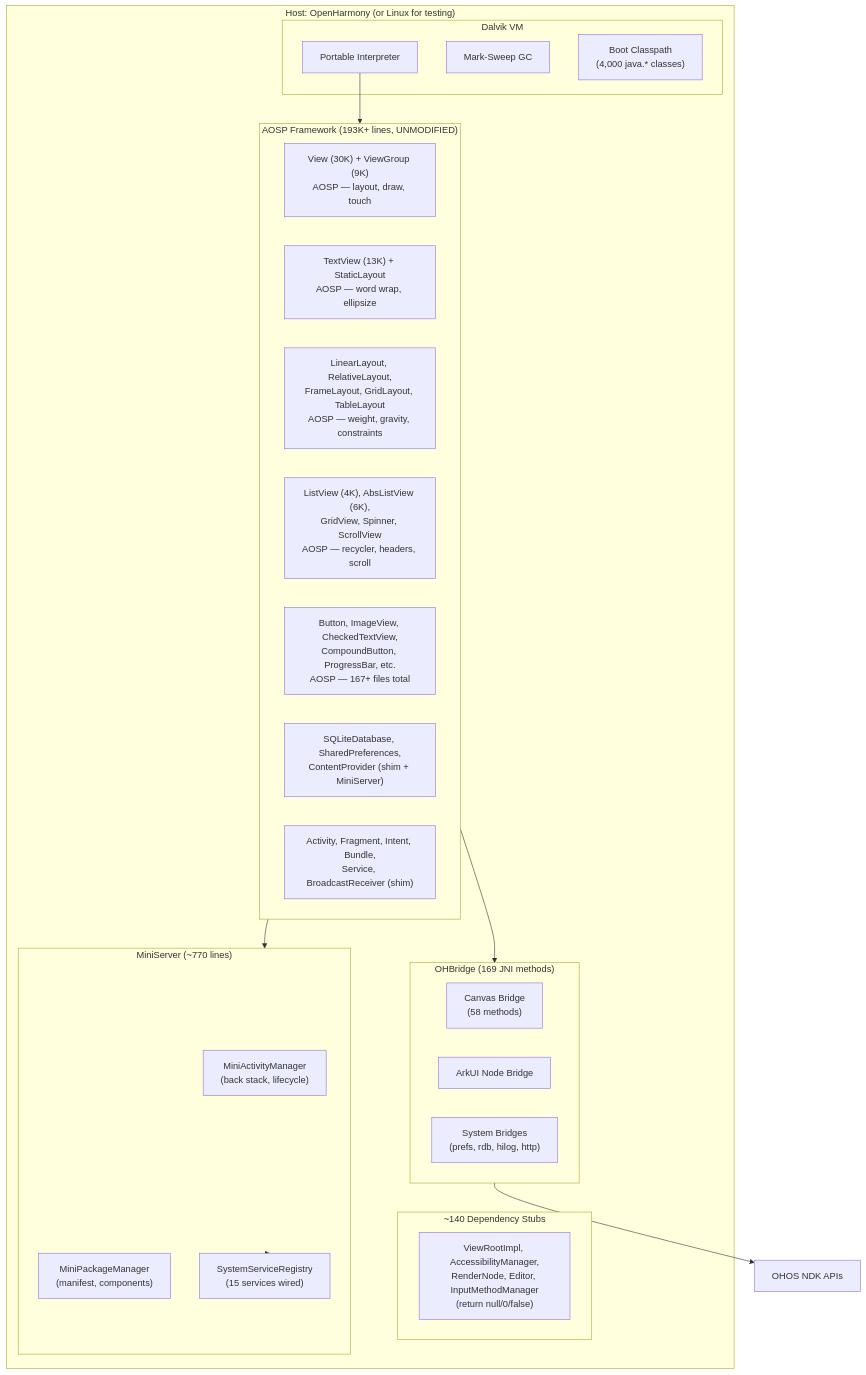
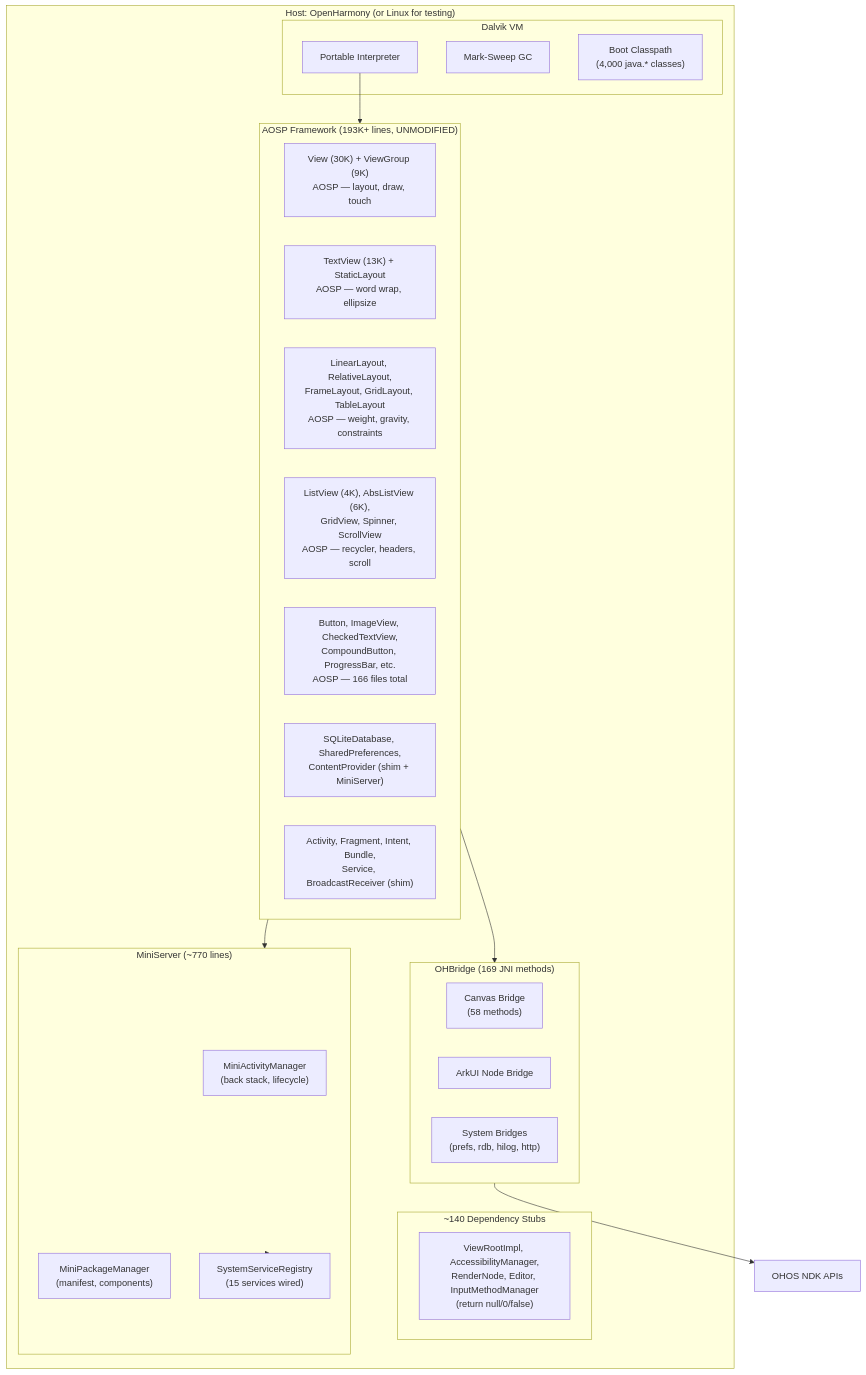
One commit to A2OH/westlake changed the third of 3 diagrams in README.md. Above: the diagram before and after it, drawn with Mermaid. The commit also changed other lines of this file and 2 other files, not shown here.

````diff
--- a/README.md
+++ b/README.md
@@ -149,41 +149,41 @@
 ```mermaid
 graph TD
     subgraph HOST["Host: OpenHarmony (or Linux for testing)"]
         subgraph VM["Dalvik VM"]
             INTERP["Portable Interpreter"]
             GC["Mark-Sweep GC"]
             BOOT["Boot Classpath<br/>(4,000 java.* classes)"]
         end
 
         subgraph FRAMEWORK["AOSP Framework (193K+ lines, UNMODIFIED)"]
             VIEW["View (30K) + ViewGroup (9K)<br/>AOSP — layout, draw, touch"]
             TEXT["TextView (13K) + StaticLayout<br/>AOSP — word wrap, ellipsize"]
             LAYOUT["LinearLayout, RelativeLayout,<br/>FrameLayout, GridLayout, TableLayout<br/>AOSP — weight, gravity, constraints"]
             LIST["ListView (4K), AbsListView (6K),<br/>GridView, Spinner, ScrollView<br/>AOSP — recycler, headers, scroll"]
-            WIDGET["Button, ImageView, CheckedTextView,<br/>CompoundButton, ProgressBar, etc.<br/>AOSP — 167+ files total"]
+            WIDGET["Button, ImageView, CheckedTextView,<br/>CompoundButton, ProgressBar, etc.<br/>AOSP — 166 files total"]
             DATA["SQLiteDatabase, SharedPreferences,<br/>ContentProvider (shim + MiniServer)"]
             IPC["Activity, Fragment, Intent, Bundle,<br/>Service, BroadcastReceiver (shim)"]
         end
         subgraph STUBS["~140 Dependency Stubs"]
             S1["ViewRootImpl, AccessibilityManager,<br/>RenderNode, Editor, InputMethodManager<br/>(return null/0/false)"]
         end
 
         subgraph MINI["MiniServer (~770 lines)"]
             MAM["MiniActivityManager<br/>(back stack, lifecycle)"]
             MPM["MiniPackageManager<br/>(manifest, components)"]
             SSR["SystemServiceRegistry<br/>(15 services wired)"]
         end
 
         subgraph OHBRIDGE["OHBridge (169 JNI methods)"]
             DRAW["Canvas Bridge<br/>(58 methods)"]
             NODE["ArkUI Node Bridge"]
             SYS["System Bridges<br/>(prefs, rdb, hilog, http)"]
         end
     end
 
     INTERP --> FRAMEWORK
     FRAMEWORK --> MINI
     FRAMEWORK --> OHBRIDGE
     MINI --> SSR
     OHBRIDGE --> OHOS_API["OHOS NDK APIs"]
 ```
````
